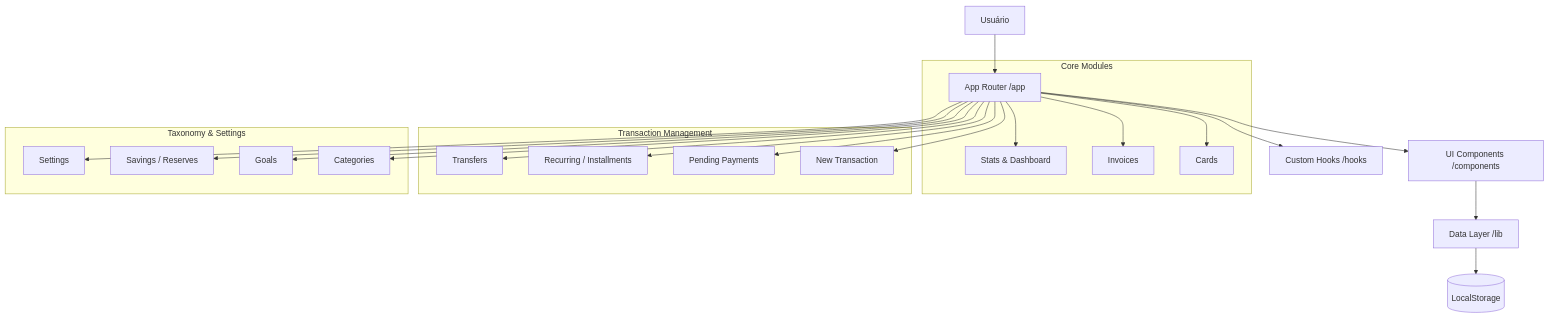
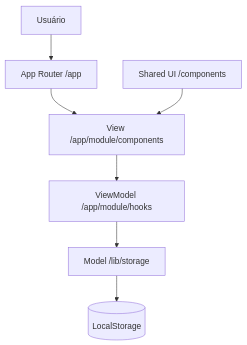
One commit to Guilherme-Ramos-Nepomuceno/Dominio changed the diagram in README.md. Above: the diagram before and after it, drawn with Mermaid. The commit also changed other lines of this file and 73 other files, not shown here.

````diff
--- a/README.md
+++ b/README.md
@@ -27,28 +27,9 @@
 ```mermaid
 graph TD
     User[Usuário] --> App[App Router /app]
-    App --> Components[UI Components /components]
-    App --> Hooks[Custom Hooks /hooks]
-    Components --> Lib[Data Layer /lib]
-    Lib --> LocalStorage[(LocalStorage)]
-    
-    subgraph Core Modules
-        App --> Cards[Cards]
-        App --> Invoices[Invoices]
-        App --> Stats[Stats & Dashboard]
-    end
-    
-    subgraph Transaction Management
-        App --> New[New Transaction]
-        App --> Pending[Pending Payments]
-        App --> Recurring[Recurring / Installments]
-        App --> Transfer[Transfers]
-    end
-    
-    subgraph Taxonomy & Settings
-        App --> Categories[Categories]
-        App --> Goals[Goals]
-        App --> Savings[Savings / Reserves]
-        App --> Settings[Settings]
-    end
+    App --> View[View /app/module/components]
+    View --> ViewModel[ViewModel /app/module/hooks]
+    ViewModel --> Model[Model /lib/storage]
+    Shared[Shared UI /components] --> View
+    Model --> LocalStorage[(LocalStorage)]
 ```
````
